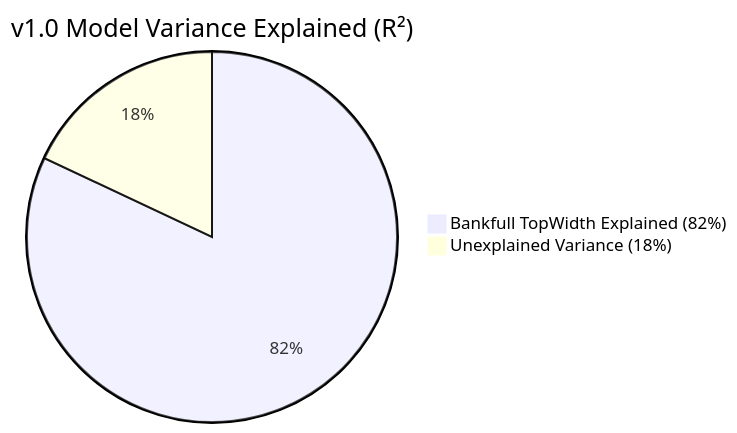
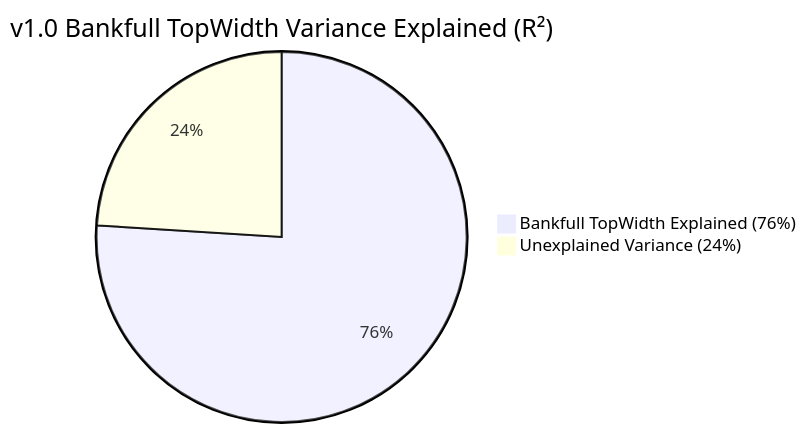
The third of 3 diagrams in docs/v1.0/tw/index.md (arashmodrad/ml_web), drawn with Mermaid before and after one commit. The commit also changed other lines of this file and 40 other files, not shown here.

````diff
--- a/docs/v1.0/tw/index.md
+++ b/docs/v1.0/tw/index.md
@@ -139,5 +146,5 @@
 ```mermaid
-pie title v1.0 Model Variance Explained (R²)
-    "Bankfull TopWidth Explained (82%)" : 82
-    "Unexplained Variance (18%)" : 18
+pie title v1.0 Bankfull TopWidth Variance Explained (R²)
+    "Bankfull TopWidth Explained (76%)" : 76
+    "Unexplained Variance (24%)" : 24
 ```
````
